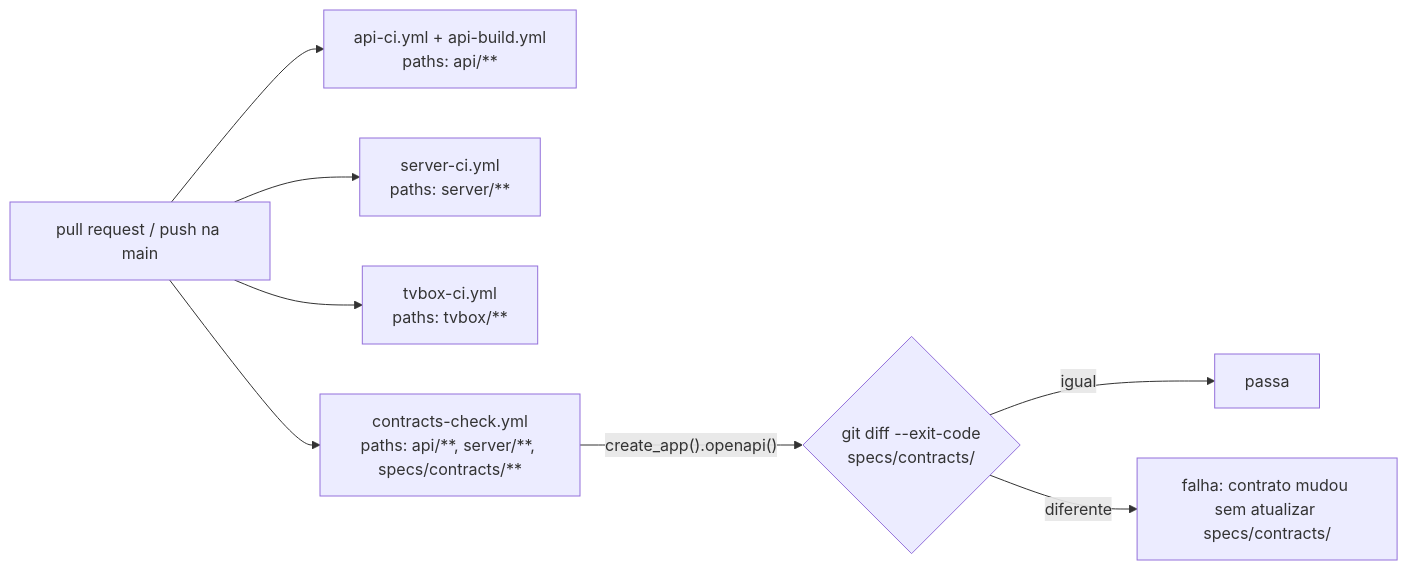
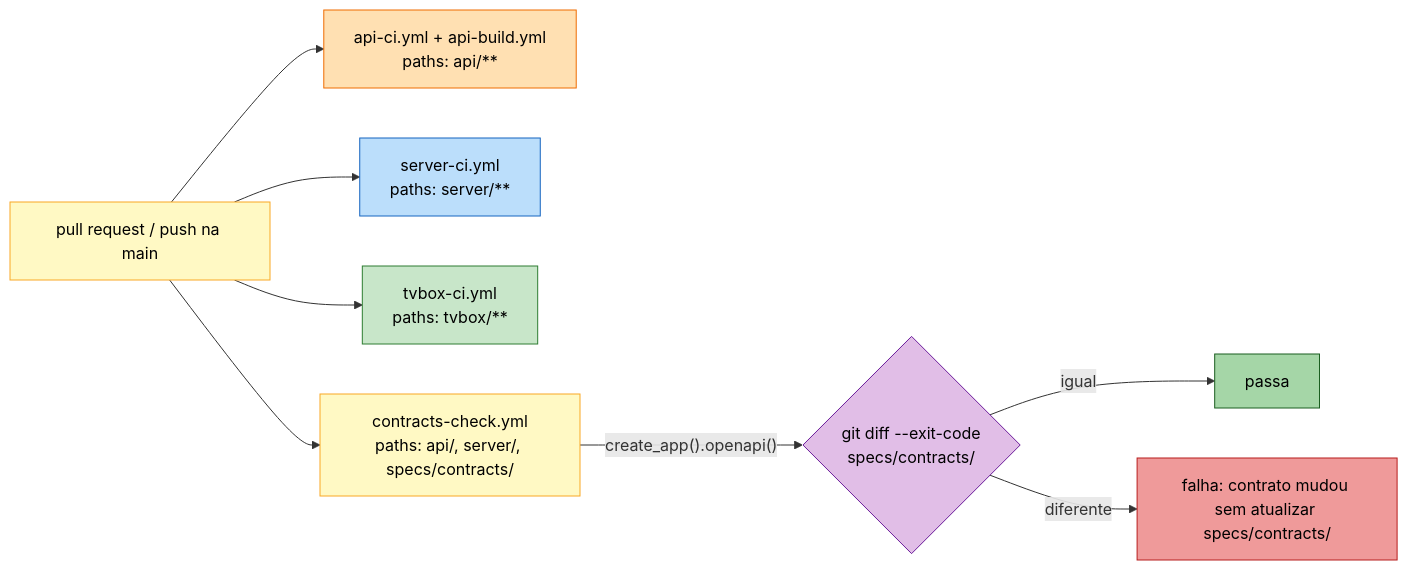
Before and after one commit to carlosvts/go2: the sixth of 6 diagrams in docs/arquitetura.md, drawn with Mermaid. The commit also changed other lines of this file, not shown here.

First line of the commit message:
docs: cores por serviço nos diagramas de arquitetura

````diff
--- a/docs/arquitetura.md
+++ b/docs/arquitetura.md
@@ -140,10 +185,25 @@
 ```mermaid
 flowchart LR
     PR["pull request / push na main"] --> ACI["api-ci.yml + api-build.yml<br/>paths: api/**"]
     PR --> SCI["server-ci.yml<br/>paths: server/**"]
     PR --> TCI["tvbox-ci.yml<br/>paths: tvbox/**"]
-    PR --> CC["contracts-check.yml<br/>paths: api/**, server/**, specs/contracts/**"]
+    PR --> CC["contracts-check.yml<br/>paths: api/, server/, specs/contracts/"]
     CC -->|"create_app().openapi()"| DIFF{"git diff --exit-code<br/>specs/contracts/"}
     DIFF -->|"igual"| OK["passa"]
     DIFF -->|"diferente"| FAIL["falha: contrato mudou sem atualizar specs/contracts/"]
+
+    classDef infra fill:#fff9c4,stroke:#f9a825,color:#000
+    classDef tvbox fill:#c8e6c9,stroke:#2e7d32,color:#000
+    classDef server fill:#bbdefb,stroke:#1565c0,color:#000
+    classDef api fill:#ffe0b2,stroke:#ef6c00,color:#000
+    classDef data fill:#e1bee7,stroke:#6a1b9a,color:#000
+    classDef ok fill:#a5d6a7,stroke:#1b5e20,color:#000
+    classDef fail fill:#ef9a9a,stroke:#b71c1c,color:#000
+    class PR,CC infra
+    class ACI api
+    class SCI server
+    class TCI tvbox
+    class DIFF data
+    class OK ok
+    class FAIL fail
 ```
````
